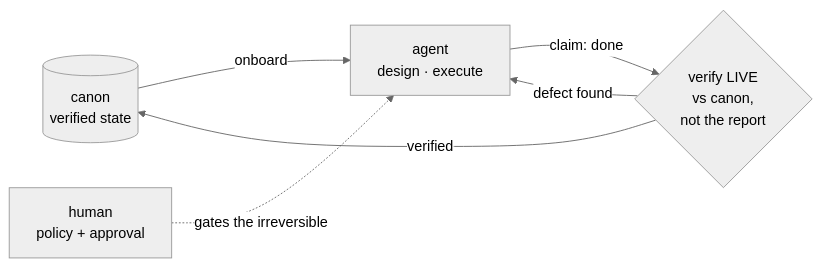
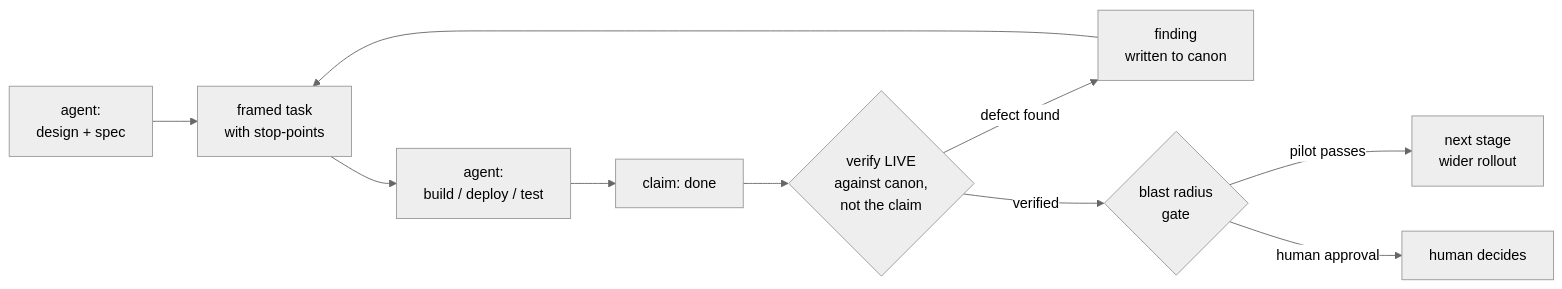
The diagram in README.md (rm-w3kufe/state-canon-mcp), drawn with Mermaid (neutral theme) before and after one commit.

Commit message:
docs(readme): use the full original loop, horizontal, single-agent
rmw3 clarified 'the original' = the pre-edit diagram (the fuller loop with the
blast-radius gate and pilot->fleet staging), which was already horizontal — not
my distilled 4-node version. Restored that structure in the README: design ->
framed task -> execute -> claim -> verify LIVE vs canon -> {defect: loop |
verified: blast-radius gate -> {pilot: next stage | human: decides}}. Adapted to
the single agent (reasoner/executor -> agent) and <br/> instead of \n.

````diff
--- a/README.md
+++ b/README.md
@@ -37,8 +37,12 @@
 ```mermaid
 flowchart LR
-    K[("canon<br/>verified state")] -->|onboard| A["agent<br/>design · execute"]
-    A -->|"claim: done"| V{"verify LIVE<br/>vs canon,<br/>not the report"}
-    V -->|verified| K
-    V -->|defect found| A
-    H["human<br/>policy + approval"] -.->|gates the irreversible| A
+    D["agent:<br/>design + spec"] --> F["framed task<br/>with stop-points"]
+    F --> E["agent:<br/>build / deploy / test"]
+    E --> R["claim: done"]
+    R --> V{"verify LIVE<br/>against canon,<br/>not the claim"}
+    V -- defect found --> C["finding<br/>written to canon"]
+    C --> F
+    V -- verified --> G{"blast radius<br/>gate"}
+    G -- pilot passes --> N["next stage<br/>wider rollout"]
+    G -- human approval --> H["human decides"]
 ```
````
